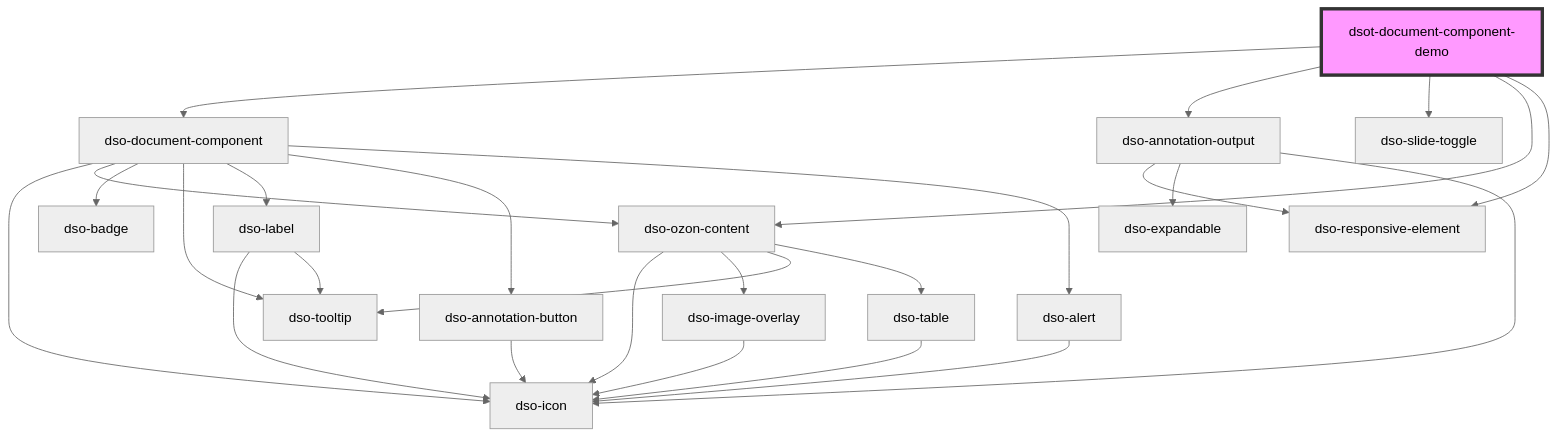
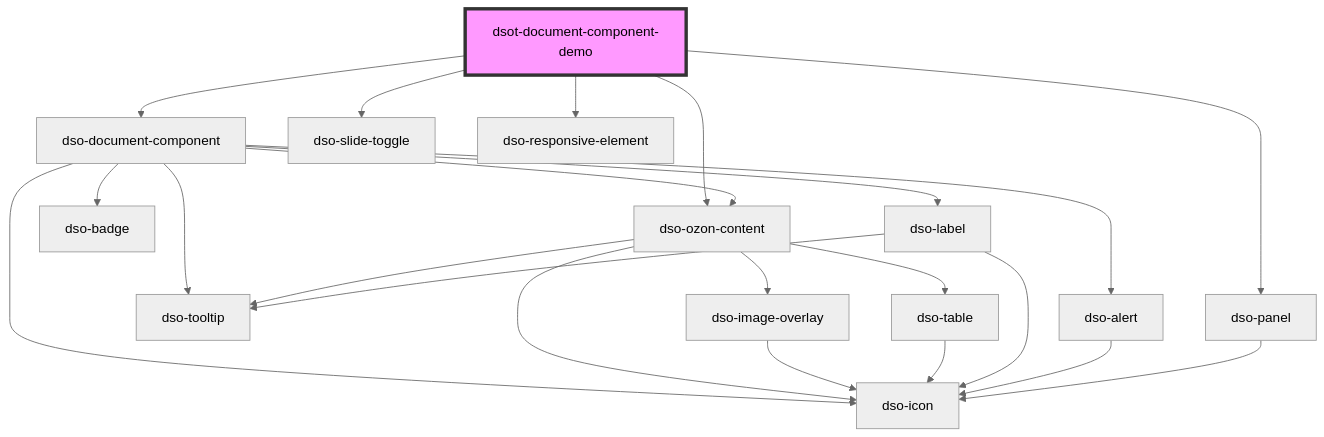
Before and after one commit to dso-toolkit/dso-toolkit: the diagram in packages/core/src/components/document-component-demo/readme.md, drawn with Mermaid (neutral theme). The commit also changed other lines of this file and 27 other files, not shown here.

Commit message:
#2765 [Changed] Document Component: Panel implementeren

````diff
--- a/packages/core/src/components/document-component-demo/readme.md
+++ b/packages/core/src/components/document-component-demo/readme.md
@@ -35,29 +35,25 @@
 ```mermaid
 graph TD;
   dsot-document-component-demo --> dso-document-component
-  dsot-document-component-demo --> dso-annotation-output
+  dsot-document-component-demo --> dso-panel
   dsot-document-component-demo --> dso-slide-toggle
   dsot-document-component-demo --> dso-ozon-content
   dsot-document-component-demo --> dso-responsive-element
   dso-document-component --> dso-icon
   dso-document-component --> dso-ozon-content
   dso-document-component --> dso-badge
   dso-document-component --> dso-tooltip
   dso-document-component --> dso-label
-  dso-document-component --> dso-annotation-button
   dso-document-component --> dso-alert
   dso-ozon-content --> dso-icon
   dso-ozon-content --> dso-image-overlay
   dso-ozon-content --> dso-tooltip
   dso-ozon-content --> dso-table
   dso-image-overlay --> dso-icon
   dso-table --> dso-icon
   dso-label --> dso-icon
   dso-label --> dso-tooltip
-  dso-annotation-button --> dso-icon
   dso-alert --> dso-icon
-  dso-annotation-output --> dso-responsive-element
-  dso-annotation-output --> dso-expandable
-  dso-annotation-output --> dso-icon
+  dso-panel --> dso-icon
   style dsot-document-component-demo fill:#f9f,stroke:#333,stroke-width:4px
 ```
````
